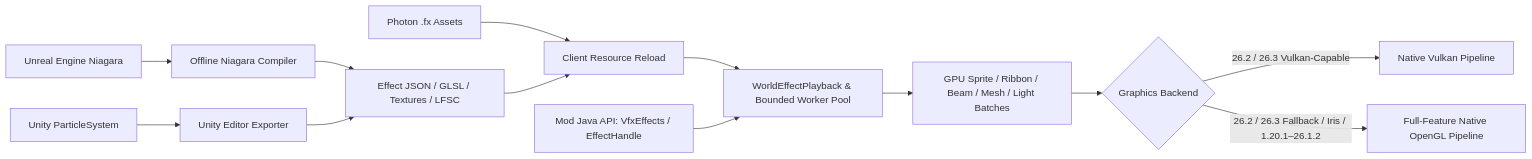
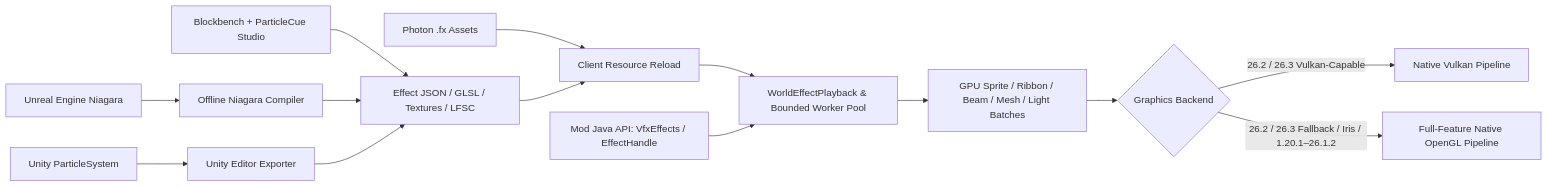
Before and after one commit to kltyton/LumenFX: the diagram in docs/wiki/Home.md, drawn with Mermaid. The commit also changed other lines of this file and 5 other files, not shown here.

Commit message:
docs: add ParticleCue Studio Blockbench authoring plugin to READMEs and wiki

````diff
--- a/docs/wiki/Home.md
+++ b/docs/wiki/Home.md
@@ -15,15 +15,16 @@
 ```mermaid
 flowchart LR
     UE[Unreal Engine Niagara] --> C[Offline Niagara Compiler]
     U[Unity ParticleSystem] --> E[Unity Editor Exporter]
+    BB[Blockbench + ParticleCue Studio] --> R[Effect JSON / GLSL / Textures / LFSC]
     P[Photon .fx Assets] --> L[Client Resource Reload]
-    C --> R[Effect JSON / GLSL / Textures / LFSC]
+    C --> R
     E --> R
     R --> L
     L --> S[WorldEffectPlayback & Bounded Worker Pool]
     API[Mod Java API: VfxEffects / EffectHandle] --> S
     S --> G[GPU Sprite / Ribbon / Beam / Mesh / Light Batches]
     G --> B{Graphics Backend}
     B -->|26.2 / 26.3 Vulkan-Capable| VK[Native Vulkan Pipeline]
     B -->|26.2 / 26.3 Fallback / Iris / 1.20.1–26.1.2| GL[Full-Feature Native OpenGL Pipeline]
 ```
````
